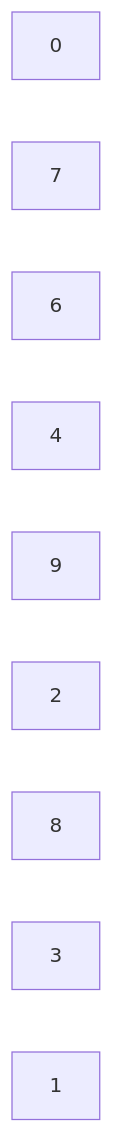
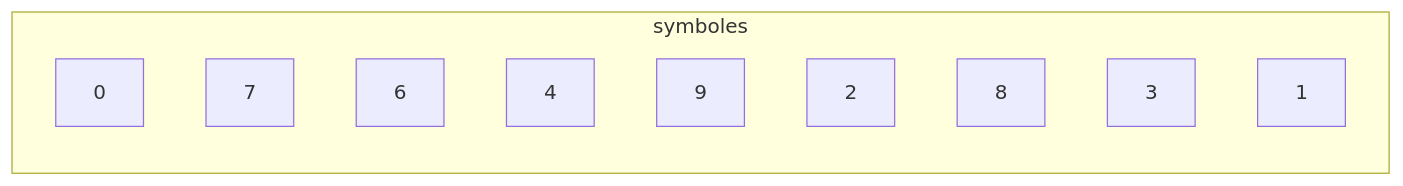
One commit to boddaert/nsi changed the second of 2 diagrams in première/Types_et_valeurs_de_base/Représentation_des_entiers_naturels.md. Above: the diagram before and after it, drawn with Mermaid.

````diff
--- a/première/Types_et_valeurs_de_base/Représentation_des_entiers_naturels.md
+++ b/première/Types_et_valeurs_de_base/Représentation_des_entiers_naturels.md
@@ -51,12 +51,14 @@
 ```mermaid
 flowchart LR
-  A[0]
-  B[7]
-  C[6]
-  D[4]
-  E[9]
-  F[2]
-  G[8]
-  H[3]
-  I[1]
+  subgraph symboles
+    A[0]
+    B[7]
+    C[6]
+    D[4]
+    E[9]
+    F[2]
+    G[8]
+    H[3]
+    I[1]
+  end
 ```
````
